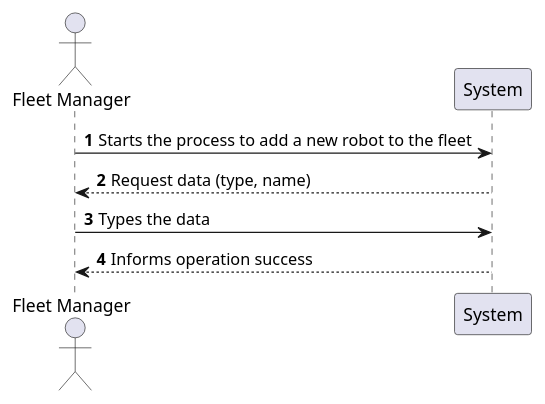
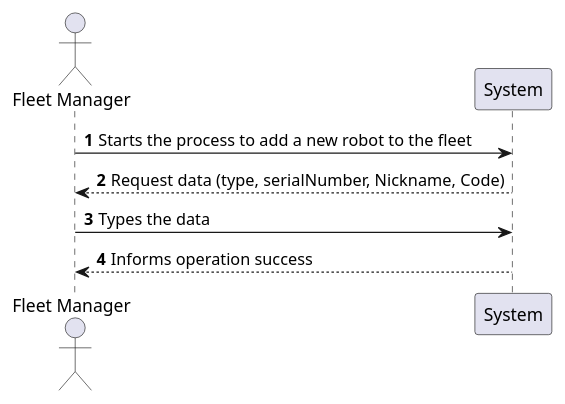
The diagram in docs/US_360/Diagrams/SystemSequenceDiagram.puml (Pedro-Pereira1/sem5pi_23_24_g056), drawn with PlantUML before and after one commit. The commit also changed 5 other files, not shown here.

Commit message:
Updated documentation, updated Us360 documentation added DomainModelExcerpt, SystemSequenceDiagram and SequenceDiagram layer2

```diff
--- a/docs/US_360/Diagrams/SystemSequenceDiagram.puml
+++ b/docs/US_360/Diagrams/SystemSequenceDiagram.puml
@@ -1,13 +1,13 @@
 @startuml
 'https://plantuml.com/sequence-diagram
 
 autonumber
 actor "Fleet Manager" as CM
 
 CM -> System: Starts the process to add a new robot to the fleet
-System --> CM: Request data (type, name)
+System --> CM: Request data (type, serialNumber, Nickname, Code)
 CM -> System: Types the data
 CM <-- System: Informs operation success
 
 
 @enduml
```
